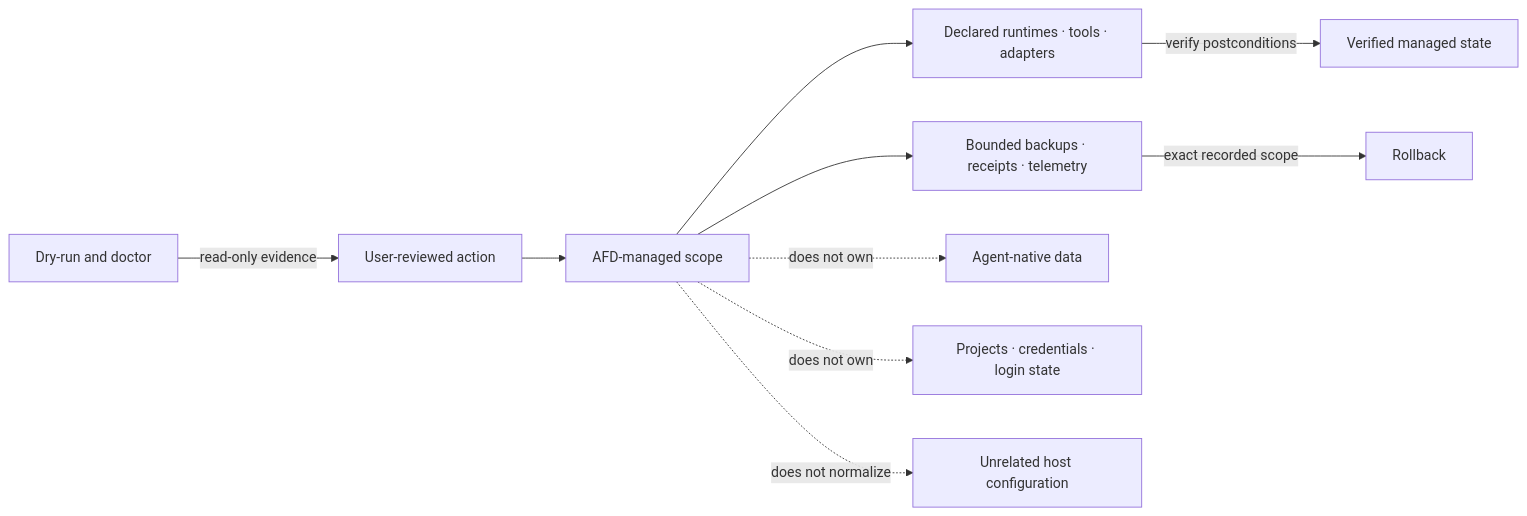
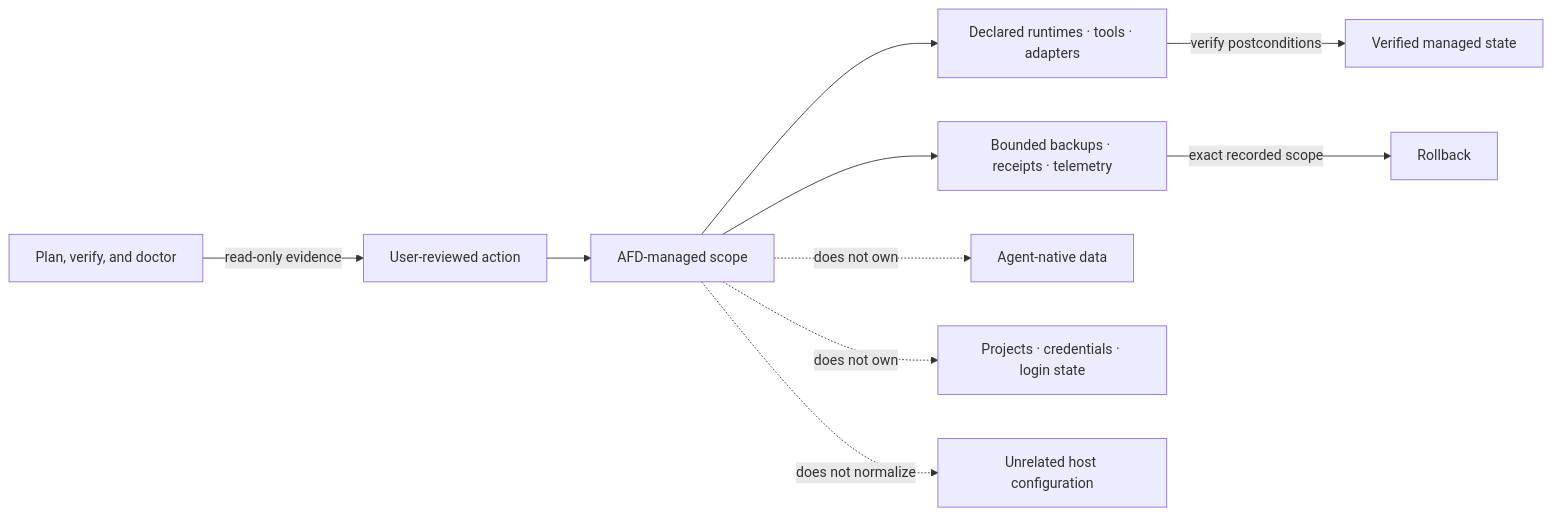
Before and after one commit to smota/ai-foundry-desk: the diagram in docs/SECURITY-BOUNDARIES.md, drawn with Mermaid. The commit also changed other lines of this file and 53 other files, not shown here.

````diff
--- a/docs/SECURITY-BOUNDARIES.md
+++ b/docs/SECURITY-BOUNDARIES.md
@@ -3,14 +3,14 @@
 ```mermaid
 flowchart LR
     U["User-reviewed action"] --> A["AFD-managed scope"]
     A --> M["Declared runtimes · tools · adapters"]
     A --> B["Bounded backups · receipts · telemetry"]
 
     A -. does not own .-> N["Agent-native data"]
     A -. does not own .-> P["Projects · credentials · login state"]
     A -. does not normalize .-> H["Unrelated host configuration"]
 
-    D["Dry-run and doctor"] -->|read-only evidence| U
+    D["Plan, verify, and doctor"] -->|read-only evidence| U
     M -->|verify postconditions| V["Verified managed state"]
     B -->|exact recorded scope| R["Rollback"]
 ```
````
